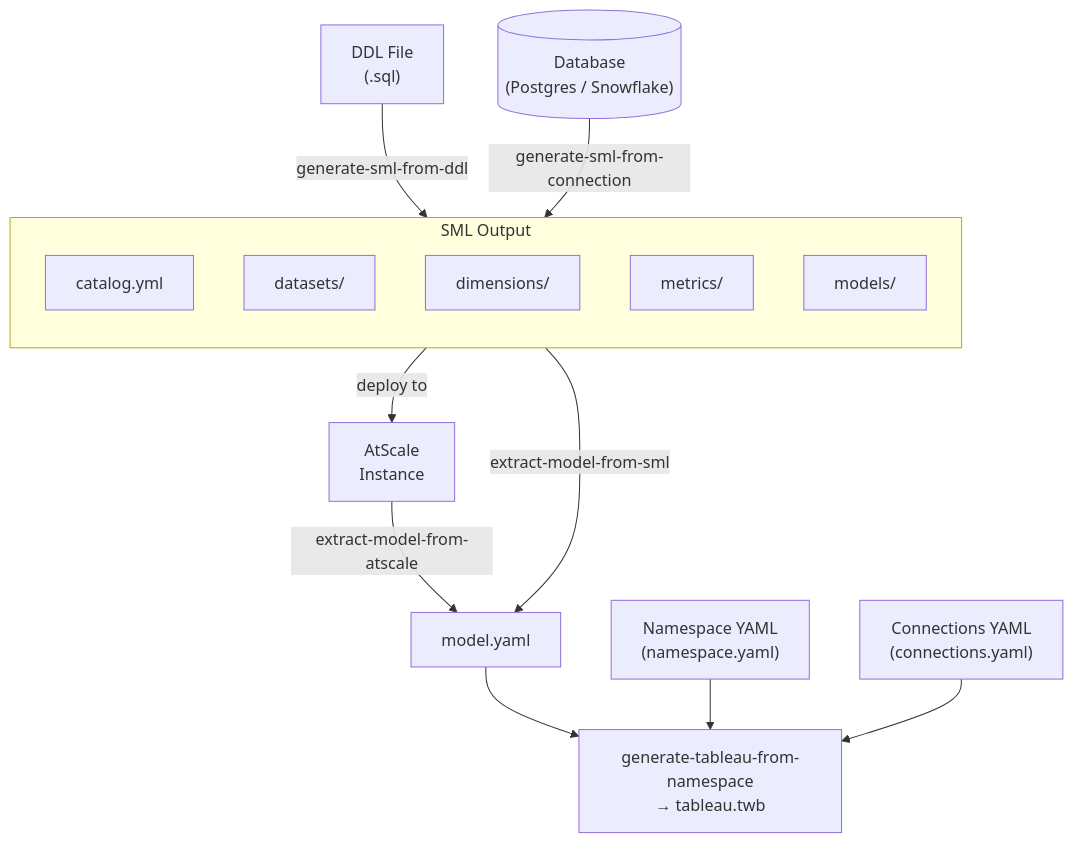
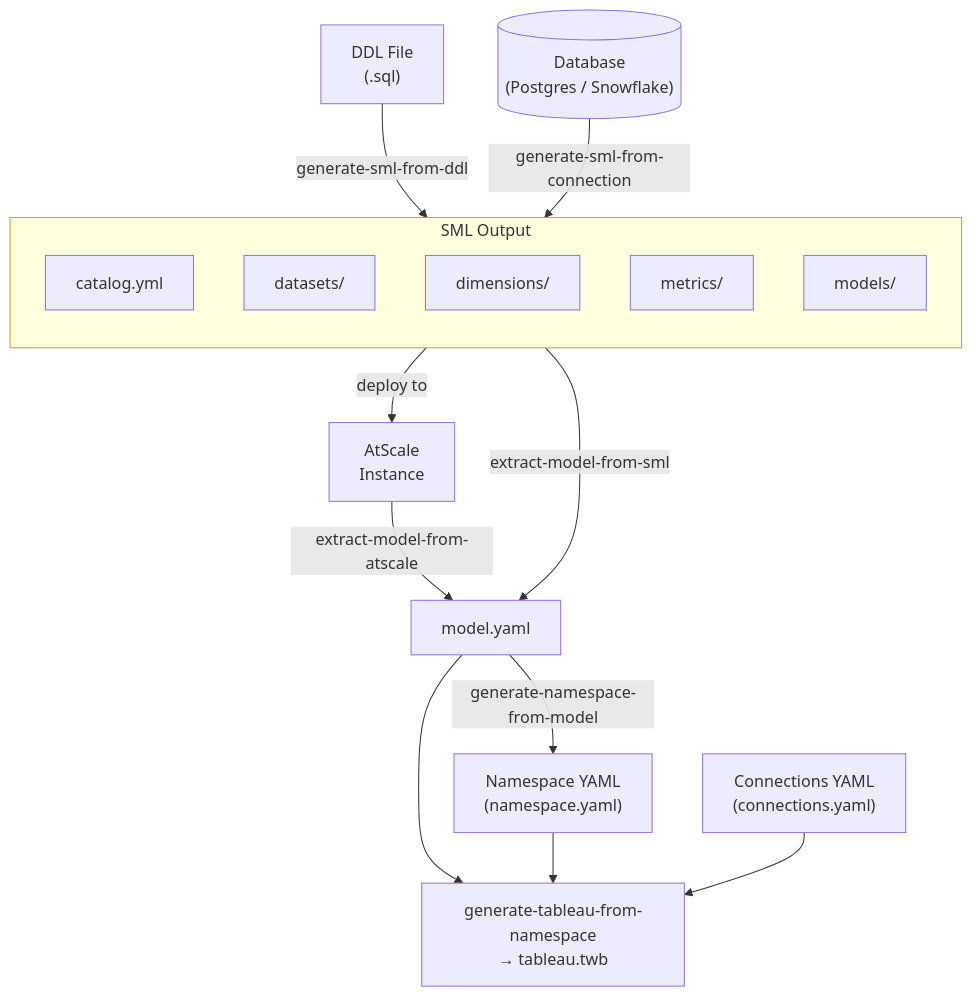
Before and after one commit to AtScaleInc/ps-utils: the diagram in README.md, drawn with Mermaid. The commit also changed other lines of this file and 10 other files, not shown here.

````diff
--- a/README.md
+++ b/README.md
@@ -5,29 +5,30 @@
 ```mermaid
 flowchart TD
     DDL["DDL File\n(.sql)"]
     DB[("Database\n(Postgres / Snowflake)")]
     ATS["AtScale\nInstance"]
     NS["Namespace YAML\n(namespace.yaml)"]
     CONN["Connections YAML\n(connections.yaml)"]
 
     DDL -->|generate-sml-from-ddl| SML
     DB  -->|generate-sml-from-connection| SML
 
     subgraph SML["SML Output"]
         direction TB
         catalog["catalog.yml"]
         datasets["datasets/"]
         dims["dimensions/"]
         metrics["metrics/"]
         models["models/"]
     end
 
     SML -->|deploy to| ATS
     ATS -->|extract-model-from-atscale| MODEL["model.yaml"]
     SML -->|extract-model-from-sml| MODEL
 
+    MODEL -->|generate-namespace-from-model| NS
     MODEL --> TWB
     NS    --> TWB
     CONN  --> TWB
     TWB["generate-tableau-from-namespace\n→ tableau.twb"]
 ```
````
